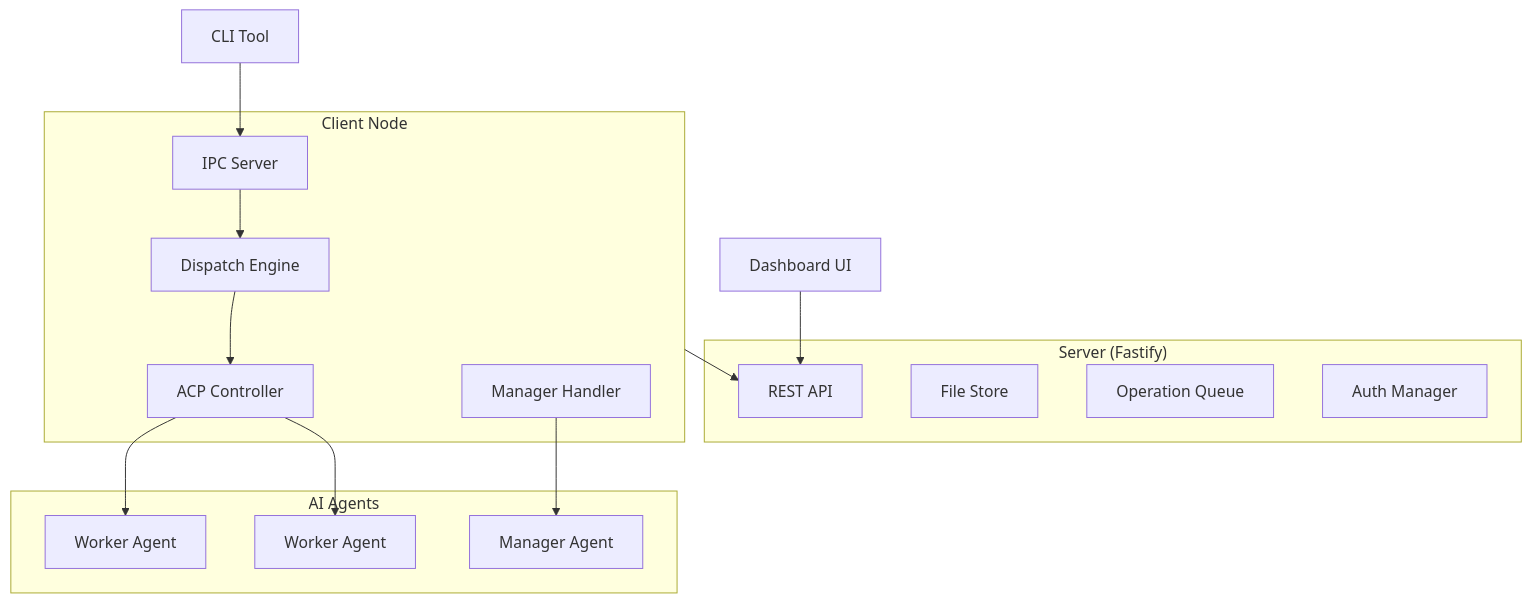
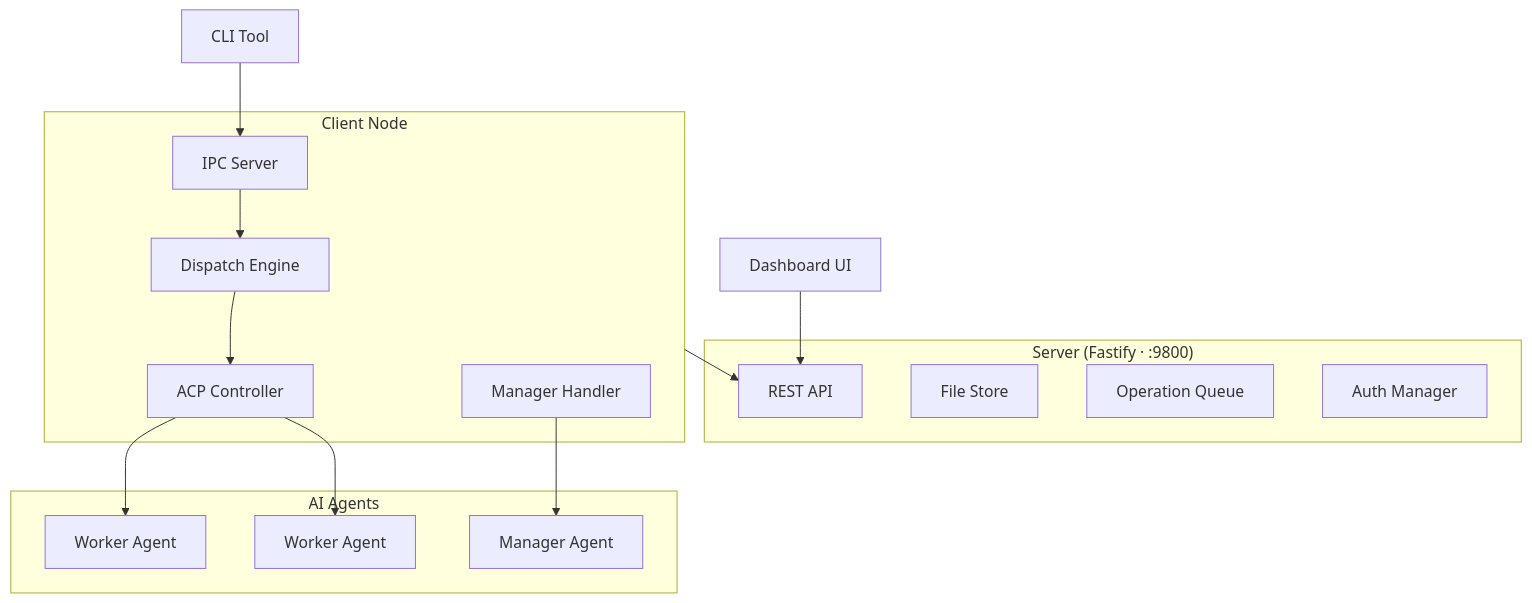
Before and after one commit to blackplume233/AgentDispatch: the diagram in README.md, drawn with Mermaid. The commit also changed other lines of this file and 1 other file, not shown here.

````diff
--- a/README.md
+++ b/README.md
@@ -7,31 +26,31 @@
 ```mermaid
 graph TB
-    subgraph Server["Server (Fastify)"]
+    subgraph Server["Server (Fastify · :9800)"]
         API[REST API]
         Store[File Store]
         Queue[Operation Queue]
         Auth[Auth Manager]
     end
 
     subgraph ClientNode["Client Node"]
         Dispatcher[Dispatch Engine]
         ACP[ACP Controller]
         IPC[IPC Server]
         Manager[Manager Handler]
     end
 
     subgraph Agents["AI Agents"]
         Worker1[Worker Agent]
         Worker2[Worker Agent]
         ManagerAgent[Manager Agent]
     end
 
     Dashboard[Dashboard UI] --> API
     CLI[CLI Tool] --> IPC
     IPC --> Dispatcher
     Dispatcher --> ACP
     ACP --> Worker1
     ACP --> Worker2
     Manager --> ManagerAgent
     ClientNode --> API
 ```
````
